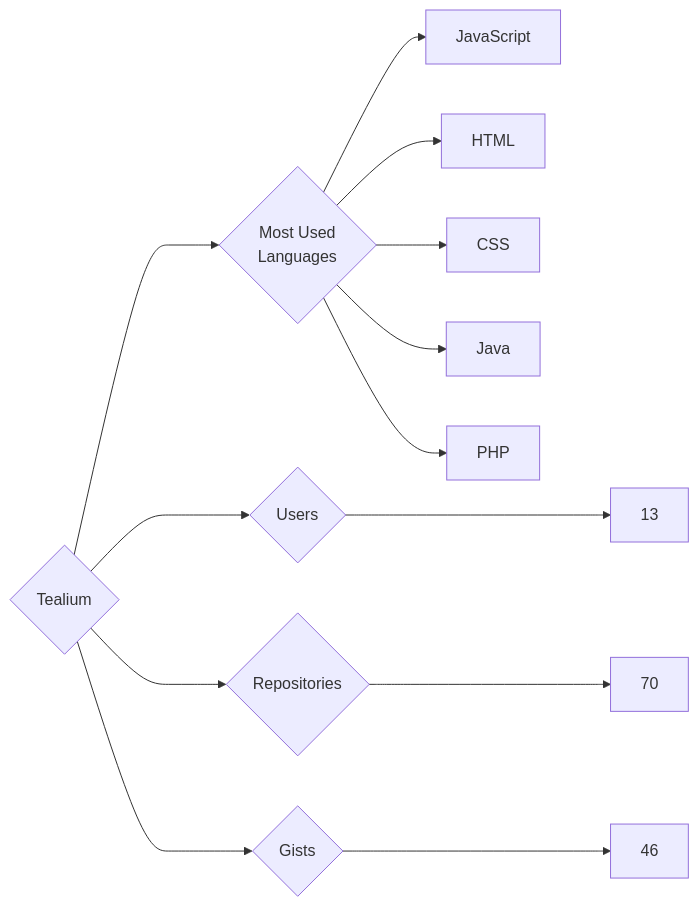
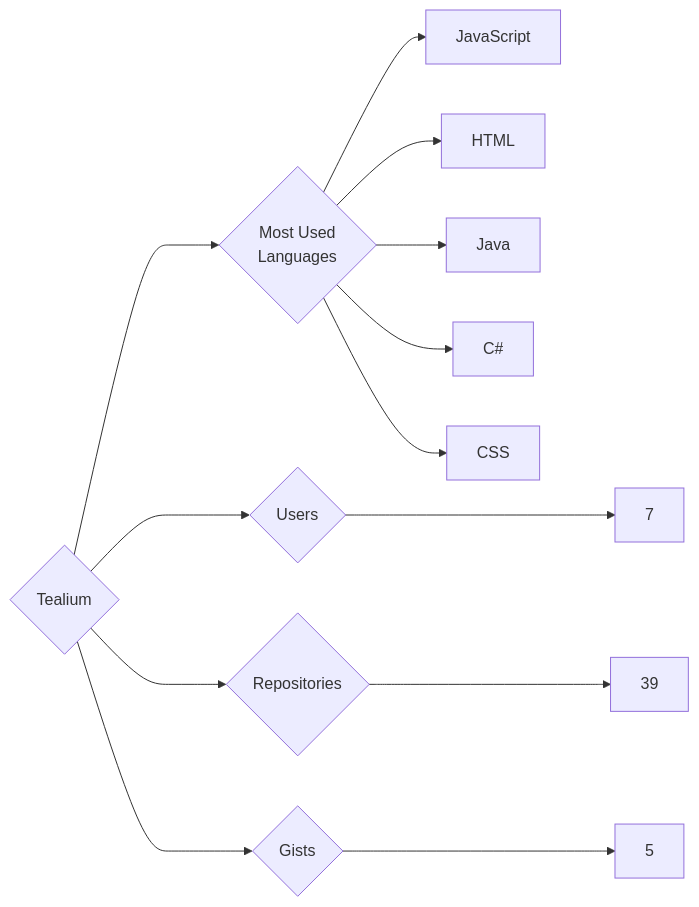
Before and after one commit to trickest/insiders: the diagram in targets/Tealium/README.md, drawn with Mermaid. The commit also changed 1484 other files, not shown here.

````diff
--- a/targets/Tealium/README.md
+++ b/targets/Tealium/README.md
@@ -3,13 +3,13 @@
 ```mermaid
 graph LR
 COMPANY_NAME{Tealium}
-COMPANY_NAME ---> U{Users} ---> UN[13]
-COMPANY_NAME ---> R{Repositories} ---> RN[70]
-COMPANY_NAME ---> G{Gists} ---> GN[46]
+COMPANY_NAME ---> U{Users} ---> UN[7]
+COMPANY_NAME ---> R{Repositories} ---> RN[39]
+COMPANY_NAME ---> G{Gists} ---> GN[5]
 COMPANY_NAME ---> ML{Most Used<br>Languages}
 ML --> JavaScript[JavaScript]
 ML --> HTML[HTML]
+ML --> Java[Java]
+ML --> C#[C#]
 ML --> CSS[CSS]
-ML --> Java[Java]
-ML --> PHP[PHP]
 ```
````
